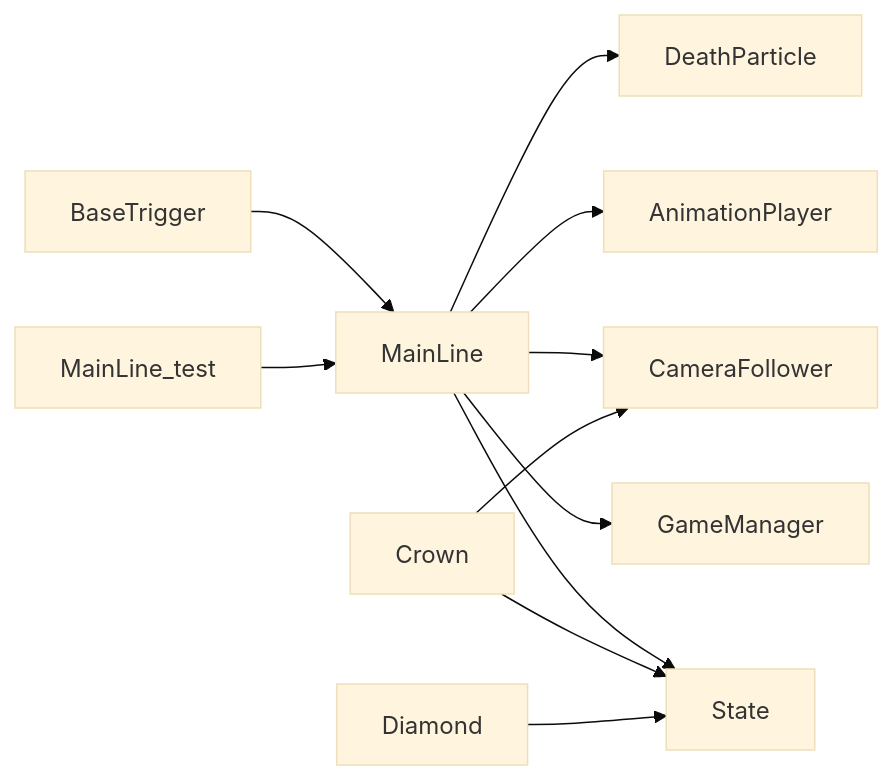
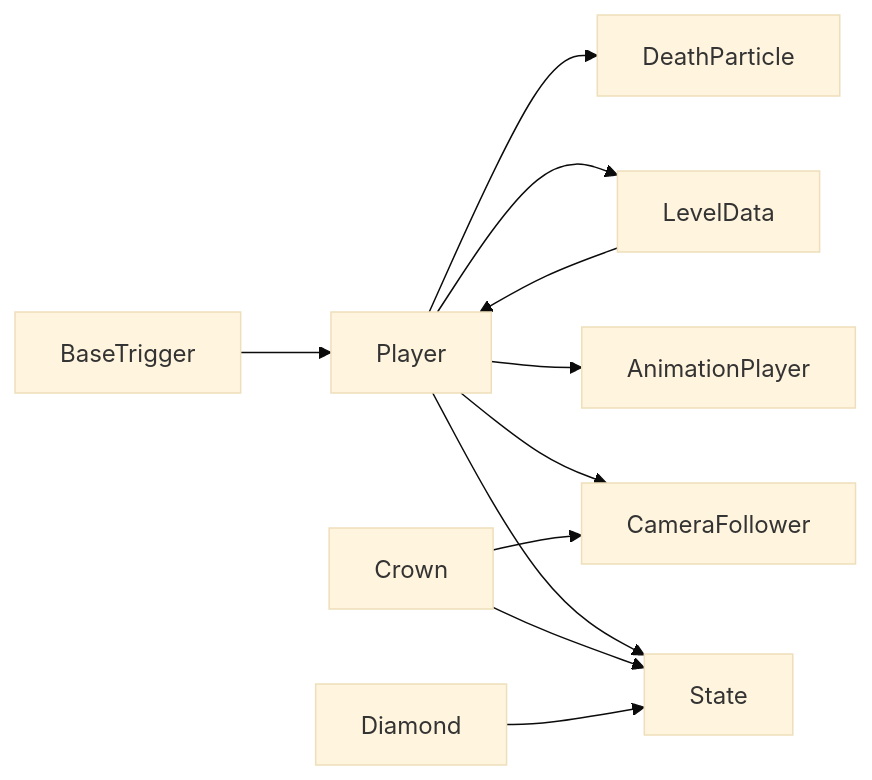
The sixth of 6 diagrams in .qoder/repowiki/zh/content/游戏系统/角色控制系统.md (godotline/godot-line), drawn with Mermaid (base theme) before and after one commit. The commit also changed other lines of this file and 18 other files, not shown here.

````diff
--- a/.qoder/repowiki/zh/content/游戏系统/角色控制系统.md
+++ b/.qoder/repowiki/zh/content/游戏系统/角色控制系统.md
@@ -320,13 +359,13 @@
 ```mermaid
 graph LR
-MainLine --> State
-MainLine --> GameManager
-MainLine --> AnimationPlayer
-MainLine --> CameraFollower
-MainLine --> DeathParticle
+Player --> State
+Player --> LevelData
+Player --> AnimationPlayer
+Player --> CameraFollower
+Player --> DeathParticle
 Crown --> State
 Crown --> CameraFollower
 Diamond --> State
-BaseTrigger --> MainLine
-MainLine_test --> MainLine
+BaseTrigger --> Player
+LevelData --> Player
 ```
````
